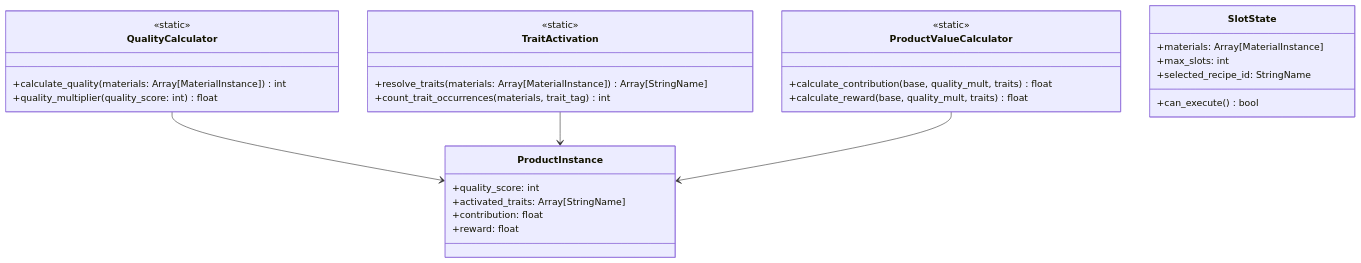
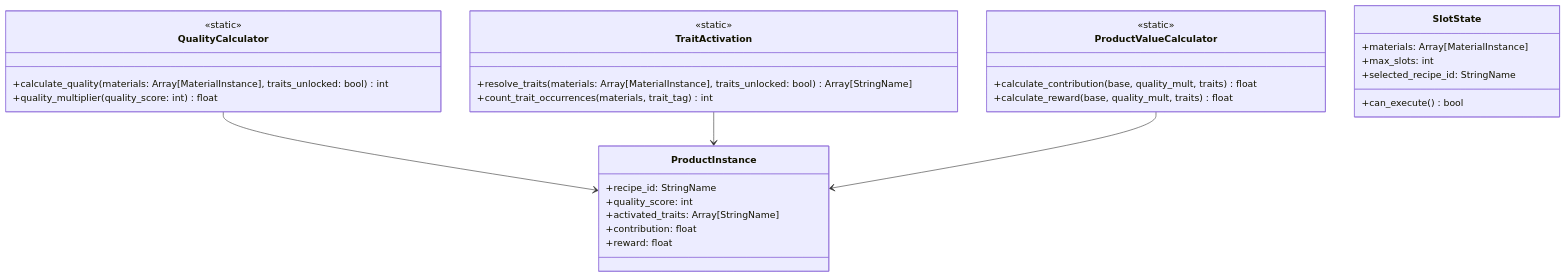
The second of 6 diagrams in docs/design/atelier-alchemy-core/core-systems.md (yaguma/alchemy-atelier), drawn with Mermaid before and after one commit. The commit also changed other lines of this file and 2 other files, not shown here.

First line of the commit message:
docs: 設計文書の実装ブロッカー5件を修正（種インベントリ/ProductInstance/触媒生成/特性封印/庭スロット権威）

````diff
--- a/docs/design/atelier-alchemy-core/core-systems.md
+++ b/docs/design/atelier-alchemy-core/core-systems.md
@@ -96,34 +106,35 @@
 ```mermaid
 classDiagram
     class QualityCalculator {
         <<static>>
-        +calculate_quality(materials: Array[MaterialInstance]) int
+        +calculate_quality(materials: Array[MaterialInstance], traits_unlocked: bool) int
         +quality_multiplier(quality_score: int) float
     }
     class TraitActivation {
         <<static>>
-        +resolve_traits(materials: Array[MaterialInstance]) Array[StringName]
+        +resolve_traits(materials: Array[MaterialInstance], traits_unlocked: bool) Array[StringName]
         +count_trait_occurrences(materials, trait_tag) int
     }
     class ProductValueCalculator {
         <<static>>
         +calculate_contribution(base, quality_mult, traits) float
         +calculate_reward(base, quality_mult, traits) float
     }
     class SlotState {
         +materials: Array[MaterialInstance]
         +max_slots: int
         +selected_recipe_id: StringName
         +can_execute() bool
     }
     class ProductInstance {
+        +recipe_id: StringName
         +quality_score: int
         +activated_traits: Array[StringName]
         +contribution: float
         +reward: float
     }
 
     QualityCalculator --> ProductInstance
     TraitActivation --> ProductInstance
     ProductValueCalculator --> ProductInstance
 ```
````
